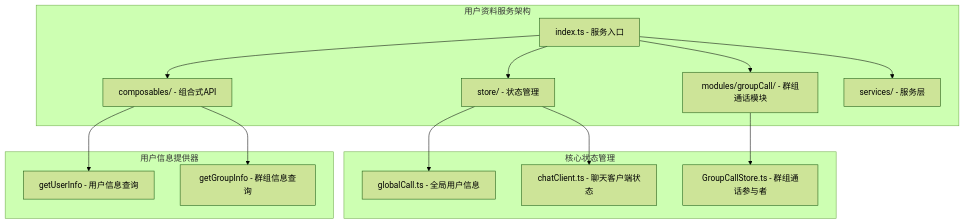
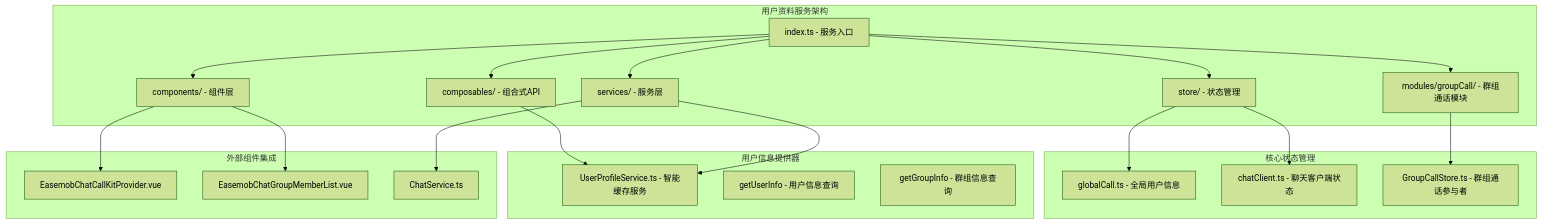
One commit to Easemob-Community/easemob-uikit-callkit-vue3 changed the first of 9 diagrams in .qoder/repowiki/zh/content/服务层/用户资料服务.md. Above: the diagram before and after it, drawn with Mermaid (forest theme). The commit also changed other lines of this file and 12 other files, not shown here.

First line of the commit message:
feat: call / groupCall 支持主动传入 caller userInfo

````diff
--- a/.qoder/repowiki/zh/content/服务层/用户资料服务.md
+++ b/.qoder/repowiki/zh/content/服务层/用户资料服务.md
@@ -38,28 +52,39 @@
 ```mermaid
 graph TB
 subgraph "用户资料服务架构"
 A[index.ts - 服务入口]
 B[store/ - 状态管理]
 C[composables/ - 组合式API]
 D[modules/groupCall/ - 群组通话模块]
 E[services/ - 服务层]
+F[components/ - 组件层]
 end
 subgraph "核心状态管理"
-F[globalCall.ts - 全局用户信息]
-G[chatClient.ts - 聊天客户端状态]
-H[GroupCallStore.ts - 群组通话参与者]
+G[globalCall.ts - 全局用户信息]
+H[chatClient.ts - 聊天客户端状态]
+I[GroupCallStore.ts - 群组通话参与者]
 end
 subgraph "用户信息提供器"
-I[getUserInfo - 用户信息查询]
-J[getGroupInfo - 群组信息查询]
+J[UserProfileService.ts - 智能缓存服务]
+K[getUserInfo - 用户信息查询]
+L[getGroupInfo - 群组信息查询]
+end
+subgraph "外部组件集成"
+M[EasemobChatCallKitProvider.vue]
+N[EasemobChatGroupMemberList.vue]
+O[ChatService.ts]
 end
 A --> B
 A --> C
 A --> D
 A --> E
-B --> F
+A --> F
 B --> G
-D --> H
-C --> I
+B --> H
+D --> I
 C --> J
+E --> J
+F --> M
+F --> N
+E --> O
 ```
````
